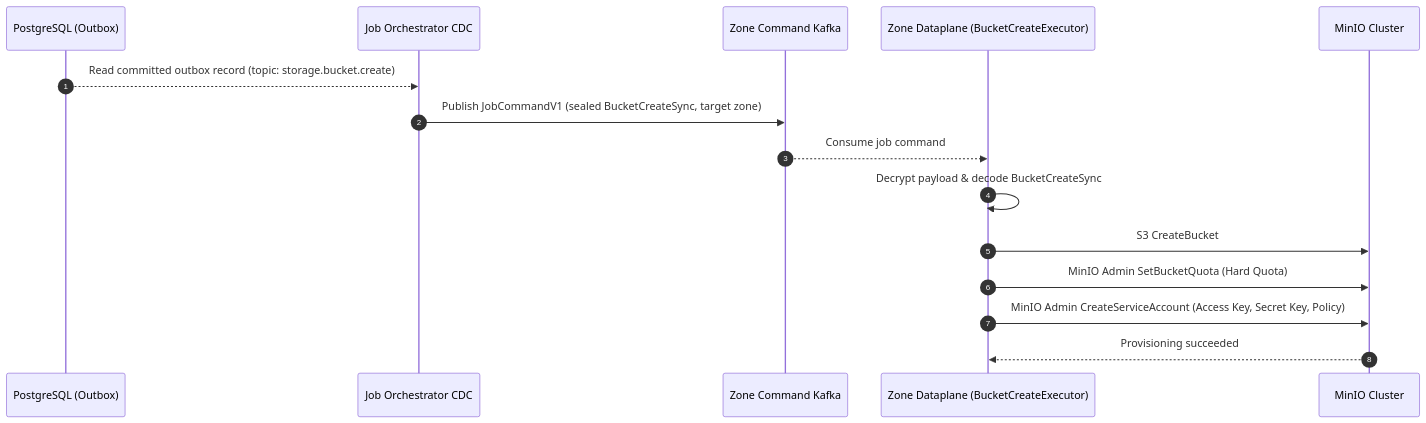
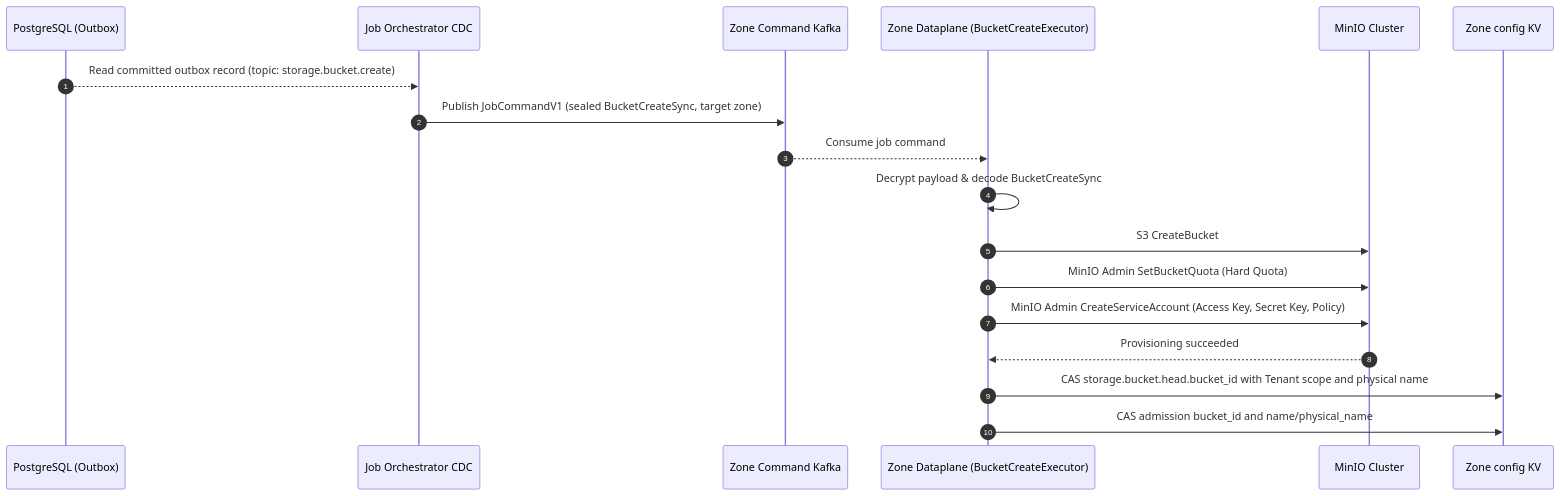
Before and after one commit to phucle996/aurora: the third of 6 diagrams in god_view/storage/tenant_bucket_create_god_view_workflow.md, drawn with Mermaid. The commit also changed other lines of this file and 94 other files, not shown here.

Commit message:
feat(storage): move runtime reads and admission to zone authority

````diff
--- a/god_view/storage/tenant_bucket_create_god_view_workflow.md
+++ b/god_view/storage/tenant_bucket_create_god_view_workflow.md
@@ -262,18 +222,21 @@
 ```mermaid
 sequenceDiagram
     autonumber
     participant PG as PostgreSQL (Outbox)
     participant JO as Job Orchestrator CDC
     participant KafkaCmd as Zone Command Kafka
     participant DP as Zone Dataplane (BucketCreateExecutor)
     participant MinIO as MinIO Cluster
+    participant KV as Zone config KV
 
     PG-->>JO: Read committed outbox record (topic: storage.bucket.create)
     JO->>KafkaCmd: Publish JobCommandV1 (sealed BucketCreateSync, target zone)
     KafkaCmd-->>DP: Consume job command
     DP->>DP: Decrypt payload & decode BucketCreateSync
     DP->>MinIO: S3 CreateBucket
     DP->>MinIO: MinIO Admin SetBucketQuota (Hard Quota)
     DP->>MinIO: MinIO Admin CreateServiceAccount (Access Key, Secret Key, Policy)
     MinIO-->>DP: Provisioning succeeded
+    DP->>KV: CAS storage.bucket.head.bucket_id with Tenant scope and physical name
+    DP->>KV: CAS admission bucket_id and name/physical_name
 ```
````
